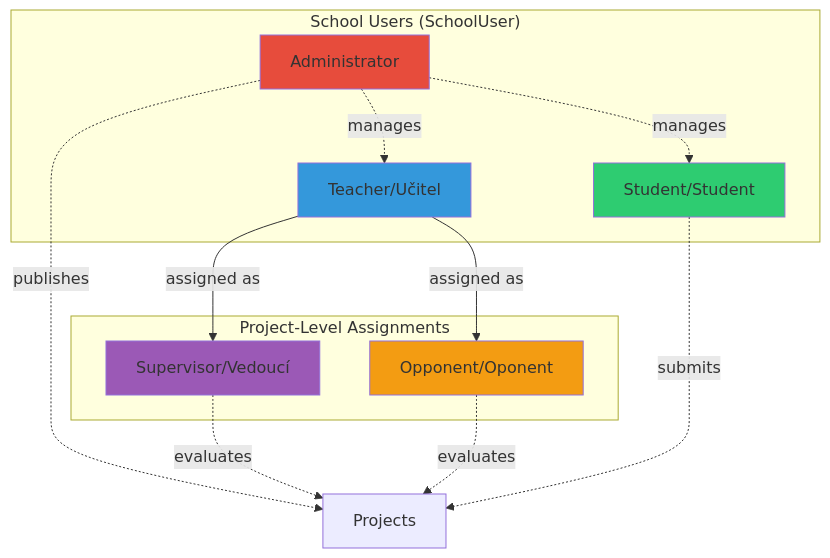
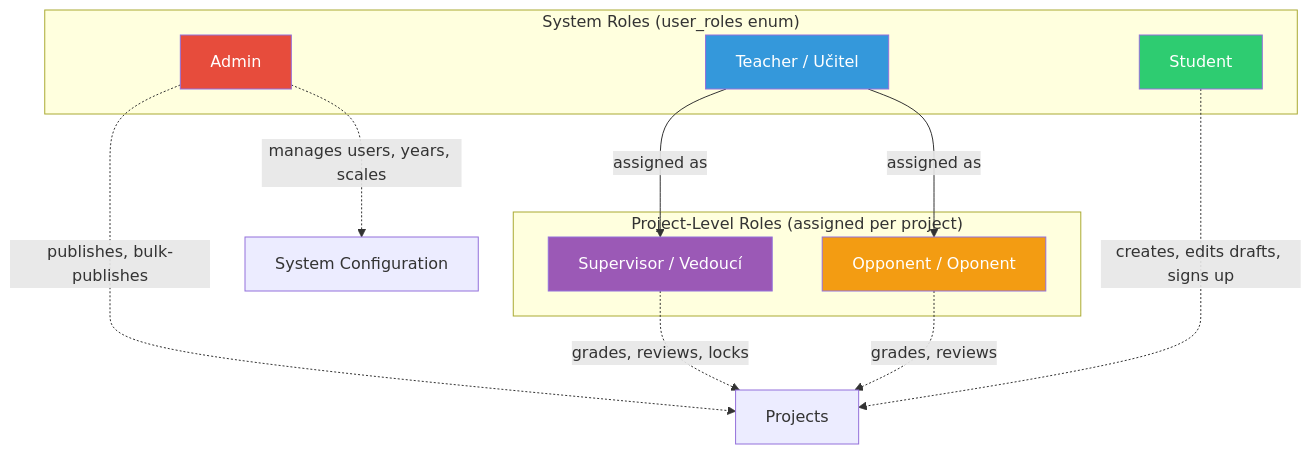
Before and after one commit to krxgq/SubmiTheses: the first of 14 diagrams in docs/uml-diagrams.md, drawn with Mermaid. The commit also changed other lines of this file and 21 other files, not shown here.

Commit message:
docs: update documentation and UML diagrams

````diff
--- a/docs/uml-diagrams.md
+++ b/docs/uml-diagrams.md
@@ -21,27 +20,25 @@
 ```mermaid
 graph TB
-    subgraph "School Users (SchoolUser)"
-        Admin[Administrator]
-        Teacher[Teacher/Učitel]
-        Student[Student/Student]
+    subgraph "System Roles (user_roles enum)"
+        Admin[Admin]
+        Teacher[Teacher / Učitel]
+        Student[Student]
     end
 
-    subgraph "Project-Level Assignments"
-        Teacher --> |assigned as| Supervisor[Supervisor/Vedoucí]
-        Teacher --> |assigned as| Opponent[Opponent/Oponent]
+    subgraph "Project-Level Roles (assigned per project)"
+        Teacher --> |assigned as| Supervisor[Supervisor / Vedoucí]
+        Teacher --> |assigned as| Opponent[Opponent / Oponent]
     end
 
-    Admin -.-> |manages| Teacher
-    Admin -.-> |manages| Student
-    Admin -.-> |publishes| Projects[Projects]
+    Admin -.-> |manages users, years, scales| SystemConfig[System Configuration]
+    Admin -.-> |publishes, bulk-publishes| Projects[Projects]
+    Supervisor -.-> |grades, reviews, locks| Projects
+    Opponent -.-> |grades, reviews| Projects
+    Student -.-> |creates, edits drafts, signs up| Projects
 
-    Supervisor -.-> |evaluates| Projects
-    Opponent -.-> |evaluates| Projects
-    Student -.-> |submits| Projects
-
-    style Admin fill:#e74c3c
-    style Teacher fill:#3498db
-    style Student fill:#2ecc71
-    style Supervisor fill:#9b59b6
-    style Opponent fill:#f39c12
+    style Admin fill:#e74c3c,color:#fff
+    style Teacher fill:#3498db,color:#fff
+    style Student fill:#2ecc71,color:#fff
+    style Supervisor fill:#9b59b6,color:#fff
+    style Opponent fill:#f39c12,color:#fff
 ```
````
